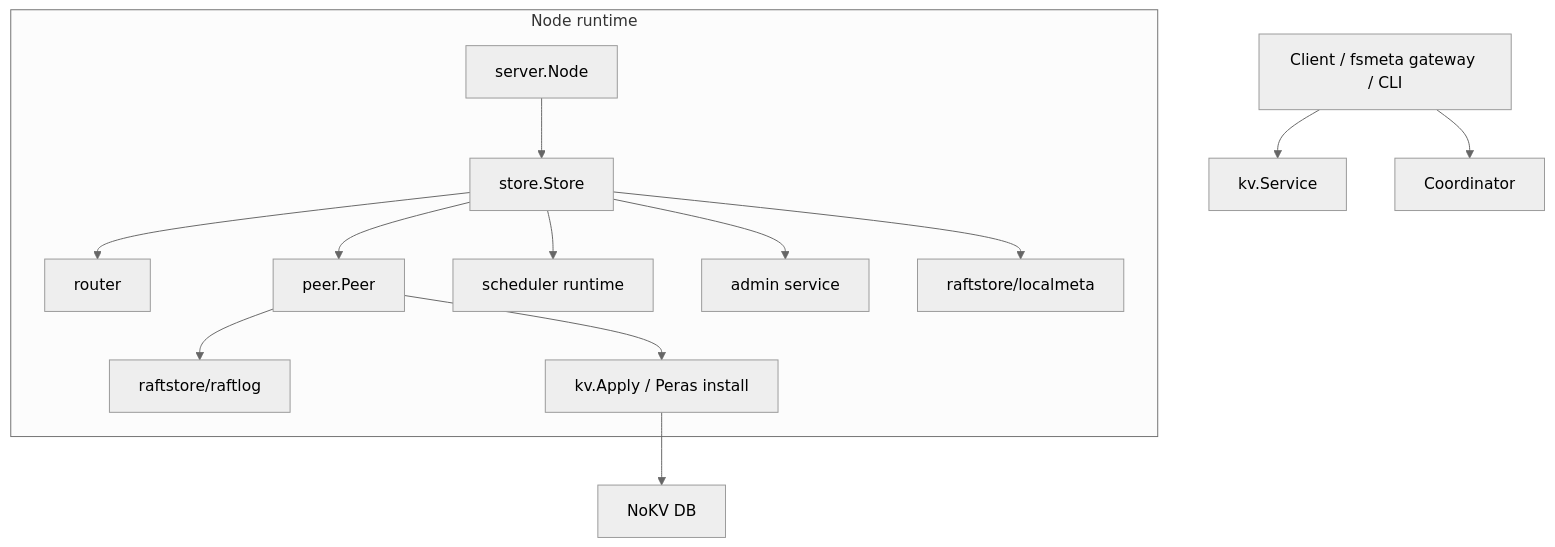
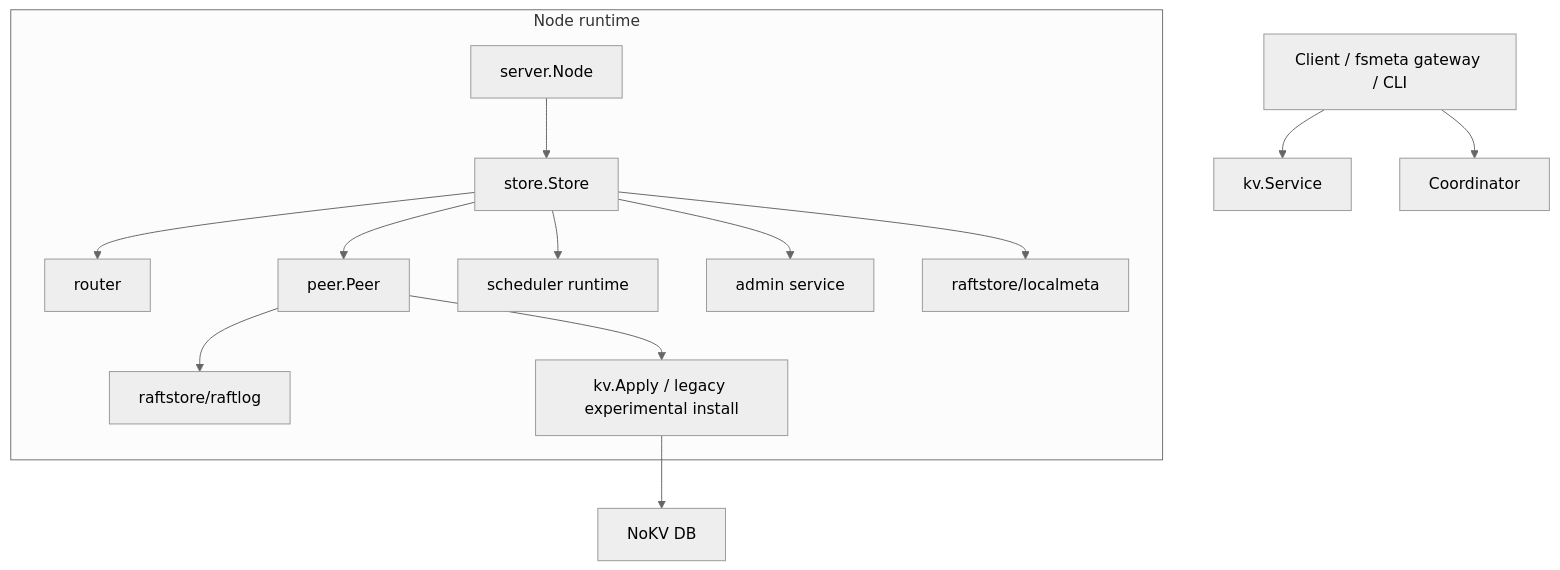
One commit to feichai0017/NoKV changed the first of 2 diagrams in docs/guide/raftstore.md. Above: the diagram before and after it, drawn with Mermaid (neutral theme). The commit also changed other lines of this file and 45 other files, not shown here.

````diff
--- a/docs/guide/raftstore.md
+++ b/docs/guide/raftstore.md
@@ -39,19 +39,19 @@
 ```mermaid
 flowchart TD
     Client["Client / fsmeta gateway / CLI"]
     Client --> KV["kv.Service"]
     Client --> Coordinator["Coordinator"]
 
     subgraph "Node runtime"
         Server["server.Node"] --> Store["store.Store"]
         Store --> Router["router"]
         Store --> Peer["peer.Peer"]
         Store --> Scheduler["scheduler runtime"]
         Store --> Admin["admin service"]
         Store --> Meta["raftstore/localmeta"]
         Peer --> Engine["raftstore/raftlog"]
-        Peer --> Apply["kv.Apply / Peras install"]
+        Peer --> Apply["kv.Apply / legacy experimental install"]
     end
 
     Apply --> DB["NoKV DB"]
 ```
````
